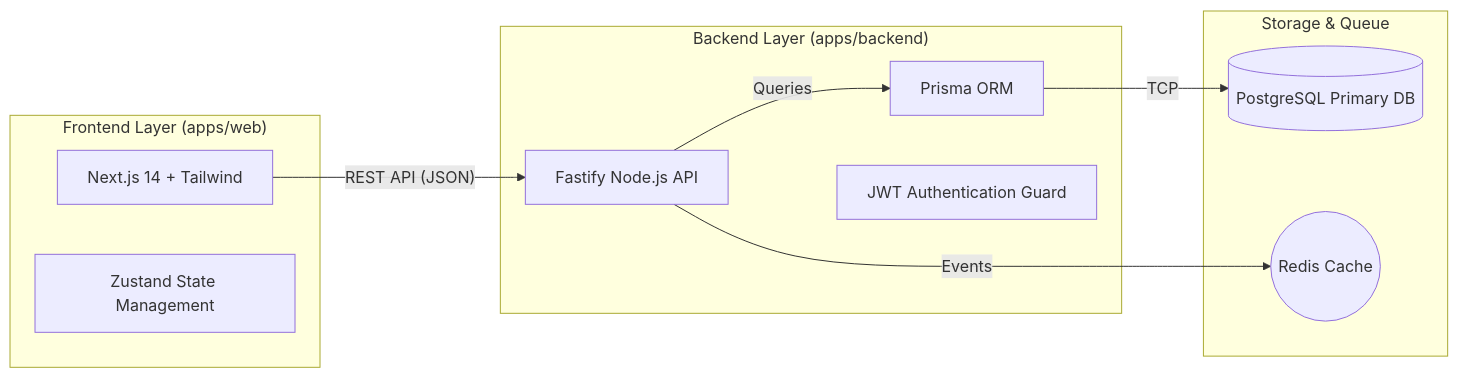
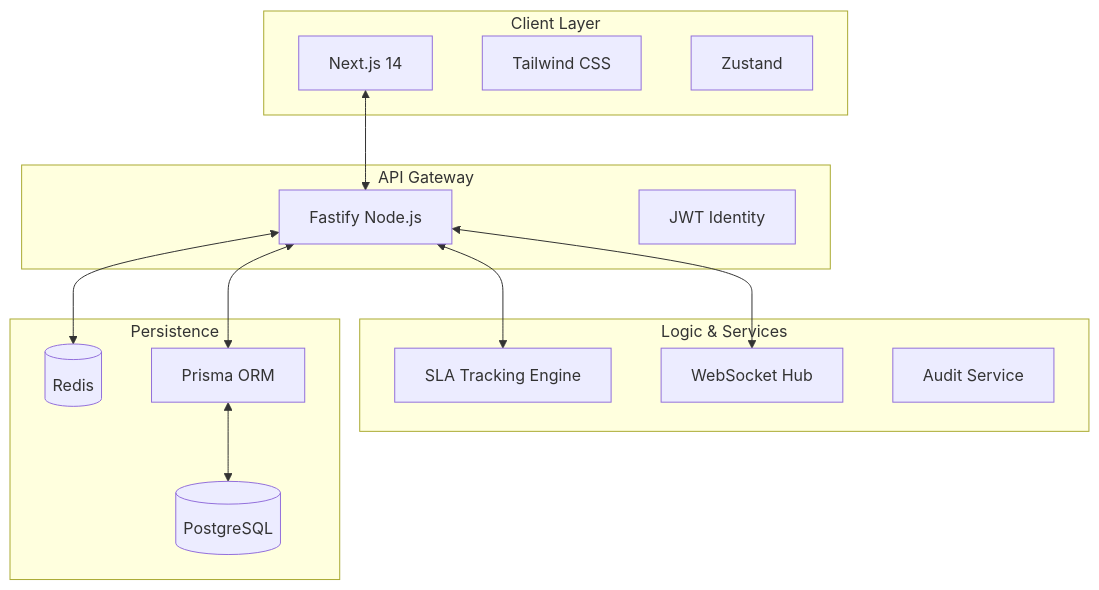
One commit to wi5nuu/Nexus-EMS changed the sixth of 6 diagrams in README.md. Above: the diagram before and after it, drawn with Mermaid. The commit also changed other lines of this file and 71 other files, not shown here.

````diff
--- a/README.md
+++ b/README.md
@@ -64,23 +320,32 @@
 ```mermaid
-graph LR
-    subgraph "Frontend Layer (apps/web)"
-        NextJS[Next.js 14 + Tailwind]
-        Zustand[Zustand State Management]
+graph TD
+    subgraph "Client Layer"
+        Web[Next.js 14]
+        Style[Tailwind CSS]
+        State[Zustand]
     end
-    
-    subgraph "Backend Layer (apps/backend)"
-        Fastify[Fastify Node.js API]
+
+    subgraph "API Gateway"
+        API[Fastify Node.js]
+        Auth[JWT Identity]
+    end
+
+    subgraph "Logic & Services"
+        SLA[SLA Tracking Engine]
+        Notif[WebSocket Hub]
+        Audit[Audit Service]
+    end
+
+    subgraph "Persistence"
+        DB[(PostgreSQL)]
+        Cache[(Redis)]
         Prisma[Prisma ORM]
-        JWT[JWT Authentication Guard]
     end
-    
-    subgraph "Storage & Queue"
-        Postgres[(PostgreSQL Primary DB)]
-        Redis((Redis Cache))
-    end
-    
-    NextJS -- "REST API (JSON)" --> Fastify
-    Fastify -- "Queries" --> Prisma
-    Prisma -- "TCP" --> Postgres
-    Fastify -- "Events" --> Redis
+
+    Web <--> API
+    API <--> Prisma
+    Prisma <--> DB
+    API <--> Cache
+    API <--> SLA
+    API <--> Notif
 ```
````
